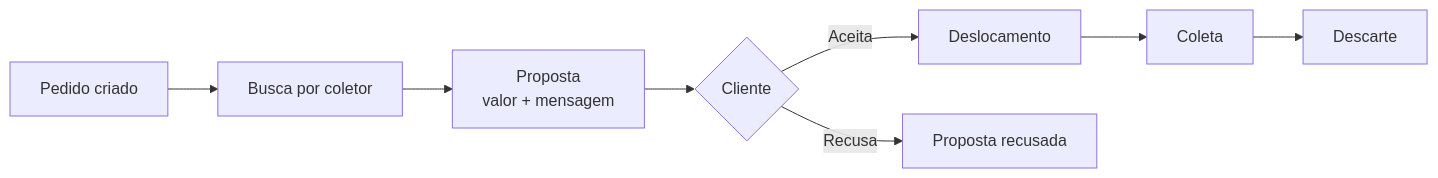
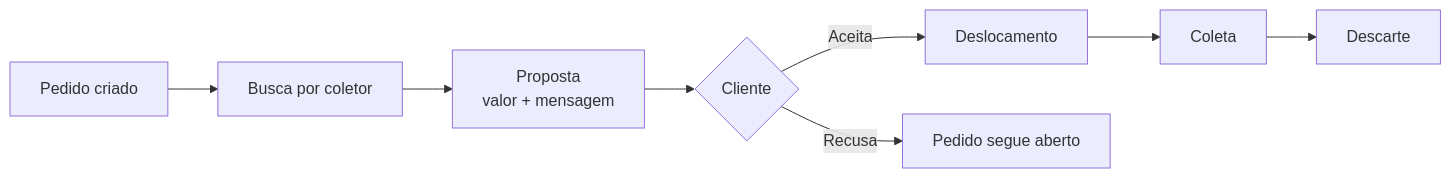
The first of 3 diagrams in README.md (kauanssv/Coletai), drawn with Mermaid before and after one commit. The commit also changed other lines of this file, not shown here.

````diff
--- a/README.md
+++ b/README.md
@@ -66,10 +69,10 @@
 ```mermaid
 flowchart LR
     A["Pedido criado"] --> B["Busca por coletor"]
     B --> C["Proposta<br/>valor + mensagem"]
     C --> D{"Cliente"}
     D -- "Aceita" --> E["Deslocamento"]
-    D -- "Recusa" --> F["Proposta recusada"]
+    D -- "Recusa" --> F["Pedido segue aberto"]
     E --> G["Coleta"]
     G --> H["Descarte"]
 ```
````
